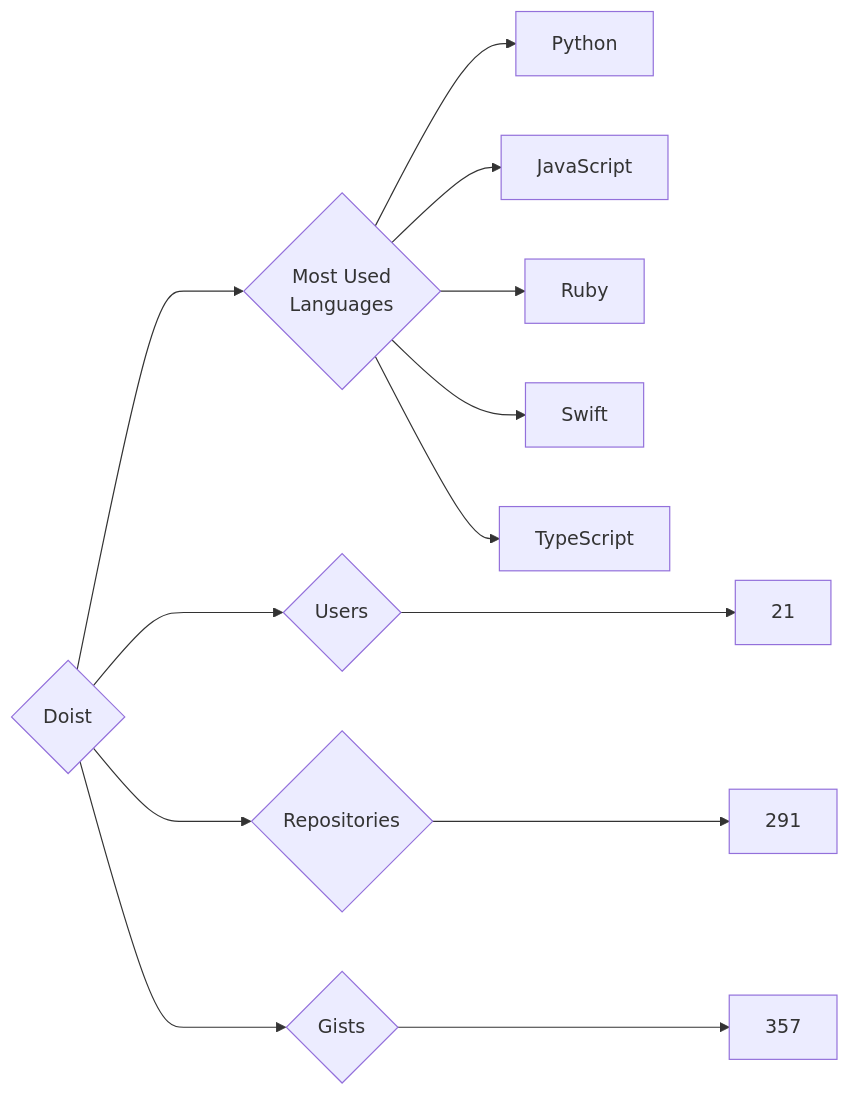
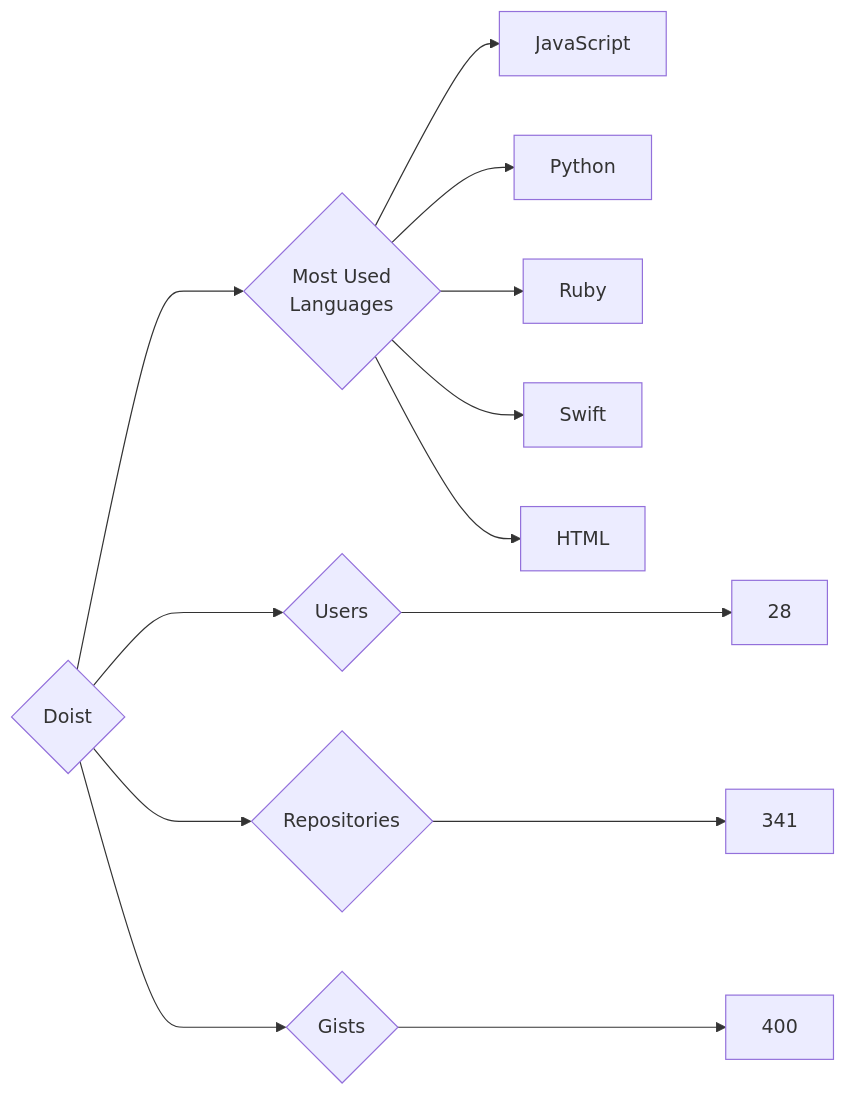
The diagram in targets/Doist/README.md (trickest/insiders), drawn with Mermaid before and after one commit. The commit also changed 984 other files, not shown here.

````diff
--- a/targets/Doist/README.md
+++ b/targets/Doist/README.md
@@ -3,13 +3,13 @@
 ```mermaid
 graph LR
 COMPANY_NAME{Doist}
-COMPANY_NAME ---> U{Users} ---> UN[21]
-COMPANY_NAME ---> R{Repositories} ---> RN[291]
-COMPANY_NAME ---> G{Gists} ---> GN[357]
+COMPANY_NAME ---> U{Users} ---> UN[28]
+COMPANY_NAME ---> R{Repositories} ---> RN[341]
+COMPANY_NAME ---> G{Gists} ---> GN[400]
 COMPANY_NAME ---> ML{Most Used<br>Languages}
+ML --> JavaScript[JavaScript]
 ML --> Python[Python]
-ML --> JavaScript[JavaScript]
 ML --> Ruby[Ruby]
 ML --> Swift[Swift]
-ML --> TypeScript[TypeScript]
+ML --> HTML[HTML]
 ```
````
